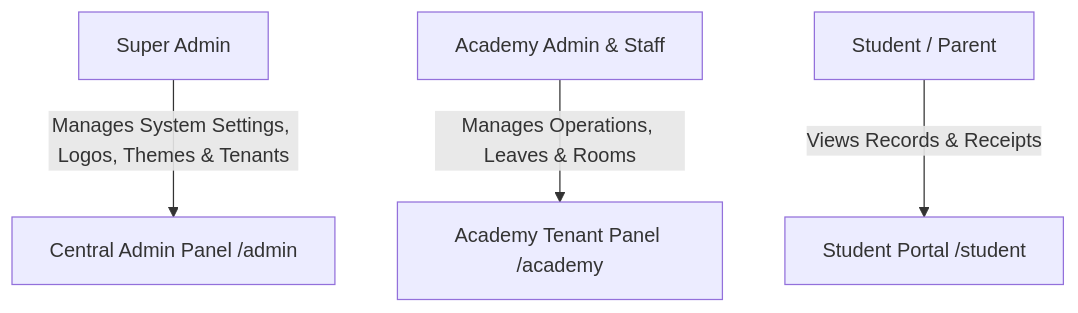
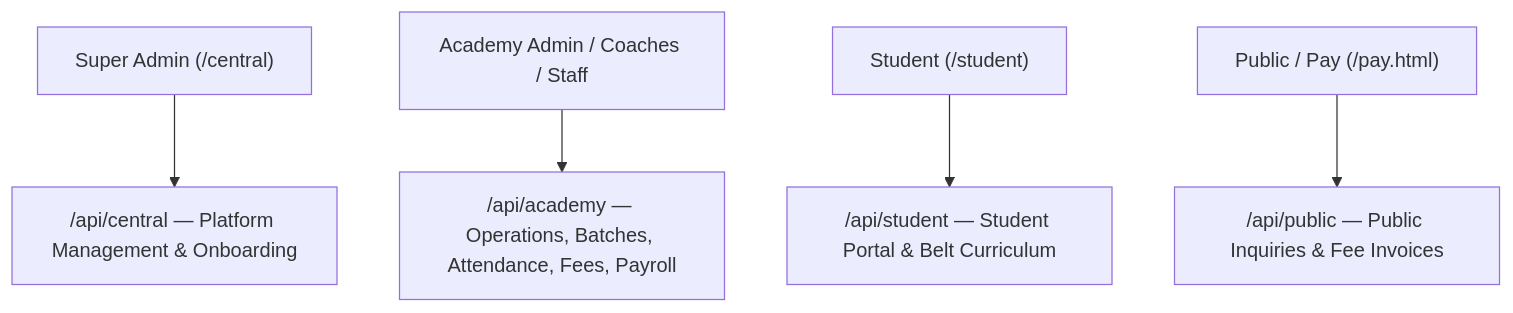
Before and after one commit to anilvaja/InternationalSportsSolutions: the diagram in README.md, drawn with Mermaid. The commit also changed other lines of this file and 2 other files, not shown here.

````diff
--- a/README.md
+++ b/README.md
@@ -52,6 +39,7 @@
 ```mermaid
 graph TD
-    SA[Super Admin] -->|Manages System Settings, Logos, Themes & Tenants| CP[Central Admin Panel /admin]
-    AO[Academy Admin & Staff] -->|Manages Operations, Leaves & Rooms| AP[Academy Tenant Panel /academy]
-    ST[Student / Parent] -->|Views Records & Receipts| SP[Student Portal /student]
+    SA["Super Admin (/central)"] --> CP["/api/central — Platform Management & Onboarding"]
+    AA["Academy Admin / Coaches / Staff"] --> AP["/api/academy — Operations, Batches, Attendance, Fees, Payroll"]
+    ST["Student (/student)"] --> SP["/api/student — Student Portal & Belt Curriculum"]
+    PB["Public / Pay (/pay.html)"] --> PP["/api/public — Public Inquiries & Fee Invoices"]
 ```
````
